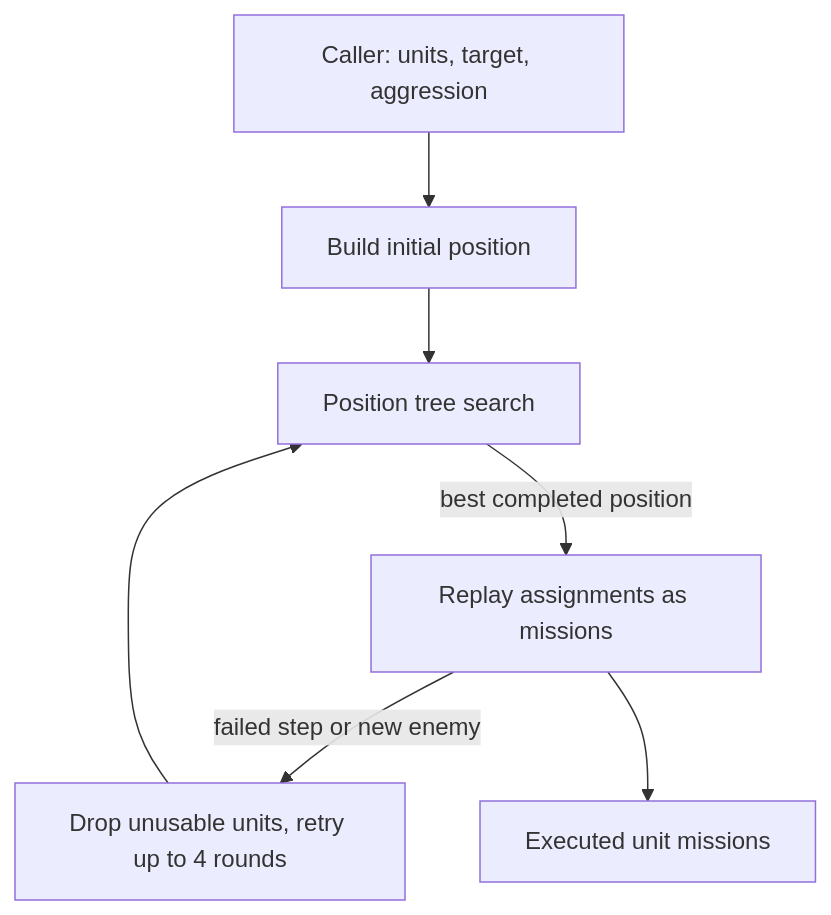
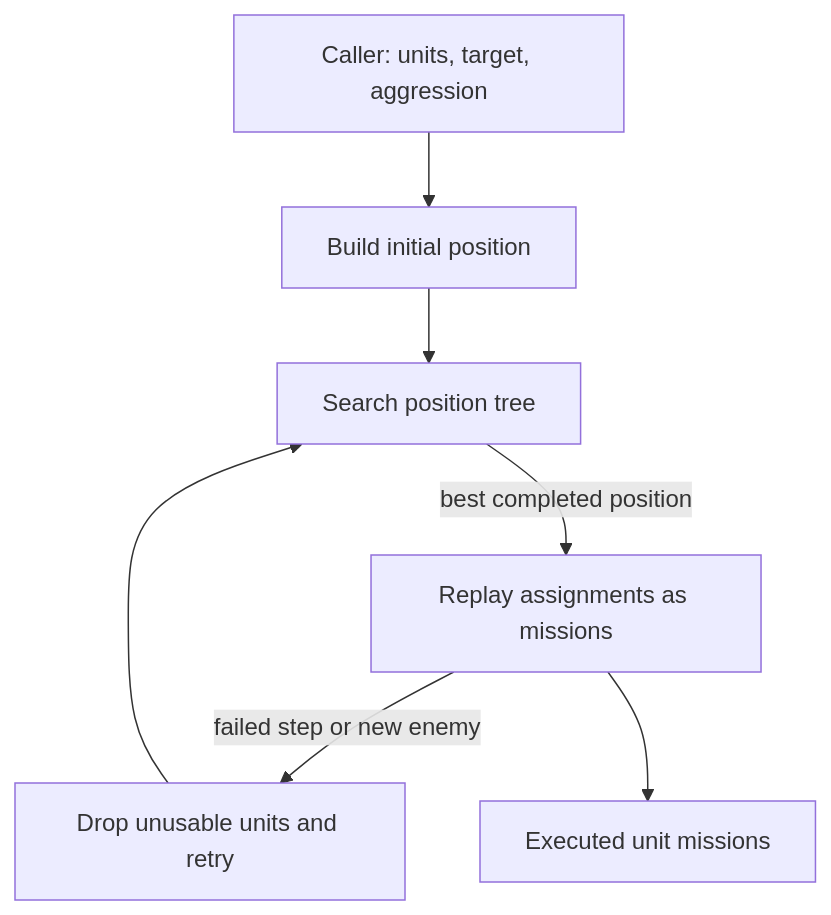
One commit to vox-deorum/vox-deorum changed the diagram in docs/developers/civ5-dll/unit-ai/military-tactical-simulation.md. Above: the diagram before and after it, drawn with Mermaid. The commit also changed other lines of this file and 14 other files, not shown here.

````diff
--- a/docs/developers/civ5-dll/unit-ai/military-tactical-simulation.md
+++ b/docs/developers/civ5-dll/unit-ai/military-tactical-simulation.md
@@ -51,9 +40,9 @@
 ```mermaid
 flowchart TD
     C[Caller: units, target, aggression] --> B[Build initial position]
-    B --> S[Position tree search]
+    B --> S[Search position tree]
     S -->|best completed position| E[Replay assignments as missions]
-    E -->|failed step or new enemy| R[Drop unusable units, retry up to 4 rounds]
+    E -->|failed step or new enemy| R[Drop unusable units and retry]
     R --> S
     E --> M[Executed unit missions]
 ```
````
